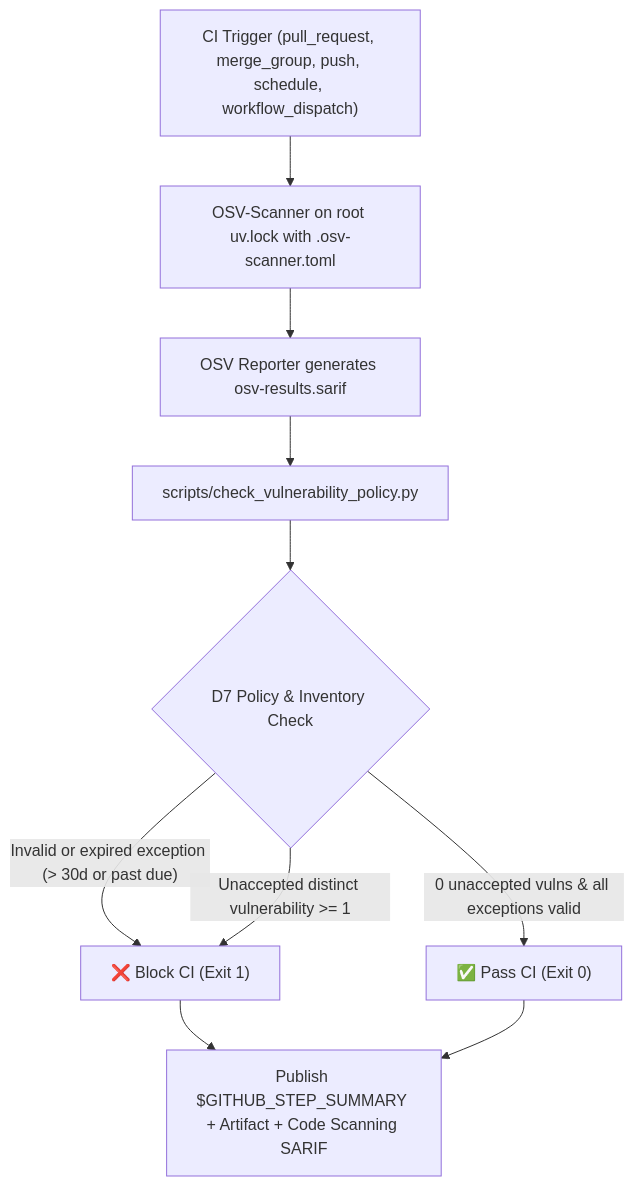
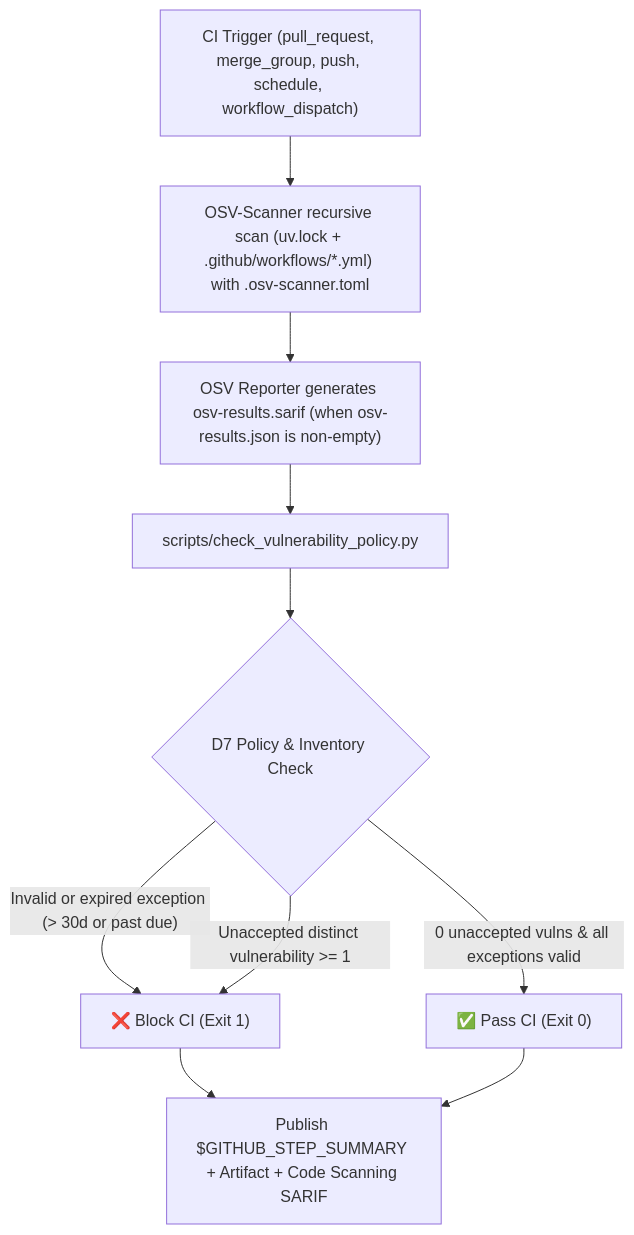
One commit to etalab-ia/document-ia changed the first of 2 diagrams in docs/VULNERABILITY_MANAGEMENT_POLICY.md. Above: the diagram before and after it, drawn with Mermaid. The commit also changed other lines of this file and 4 other files, not shown here.

````diff
--- a/docs/VULNERABILITY_MANAGEMENT_POLICY.md
+++ b/docs/VULNERABILITY_MANAGEMENT_POLICY.md
@@ -28,12 +32,12 @@
 ```mermaid
 flowchart TD
-    A["CI Trigger (pull_request, merge_group, push, schedule, workflow_dispatch)"] --> B["OSV-Scanner on root uv.lock with .osv-scanner.toml"]
-    B --> C["OSV Reporter generates osv-results.sarif"]
+    A["CI Trigger (pull_request, merge_group, push, schedule, workflow_dispatch)"] --> B["OSV-Scanner recursive scan (uv.lock + .github/workflows/*.yml) with .osv-scanner.toml"]
+    B --> C["OSV Reporter generates osv-results.sarif (when osv-results.json is non-empty)"]
     C --> D["scripts/check_vulnerability_policy.py"]
     D --> E{"D7 Policy & Inventory Check"}
     E -- "Invalid or expired exception (> 30d or past due)" --> F["❌ Block CI (Exit 1)"]
     E -- "Unaccepted distinct vulnerability >= 1" --> F
     E -- "0 unaccepted vulns & all exceptions valid" --> G["✅ Pass CI (Exit 0)"]
     F --> H["Publish $GITHUB_STEP_SUMMARY + Artifact + Code Scanning SARIF"]
     G --> H
 ```
````
